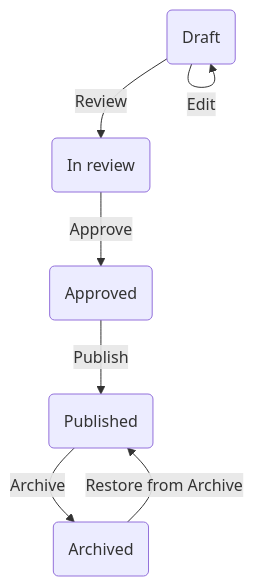
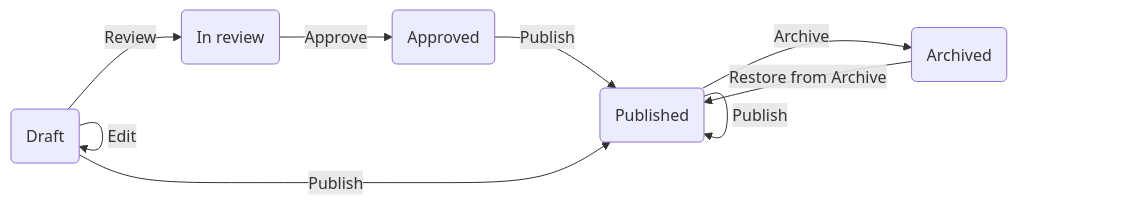
Before and after one commit to department-of-veterans-affairs/va.gov-team: the first of 2 diagrams in platform/cms/content-governance/content-moderation-roles/README.md, drawn with Mermaid. The commit also changed other lines of this file, not shown here.

Commit message:
Changed diagram orientation

````diff
--- a/platform/cms/content-governance/content-moderation-roles/README.md
+++ b/platform/cms/content-governance/content-moderation-roles/README.md
@@ -11,9 +11,11 @@
 ```mermaid
-flowchart TD
+flowchart LR
     A -->|Edit| A
     A(Draft) -->|Review| B(In review)
     B -->|Approve| C(Approved)
     C -->|Publish| D(Published)
+    A -->|Publish| D
+    D -->|Publish| D
     D -->|Archive| E(Archived)
     E -->|Restore from Archive|D
 ```
````
